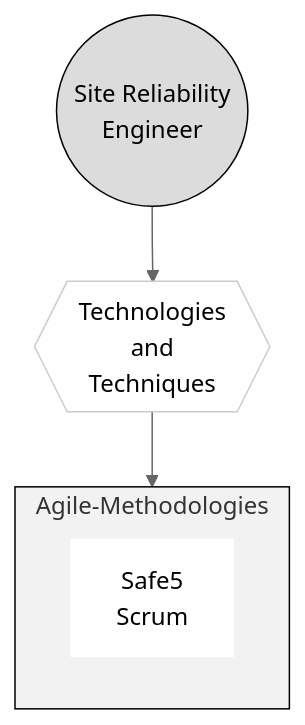
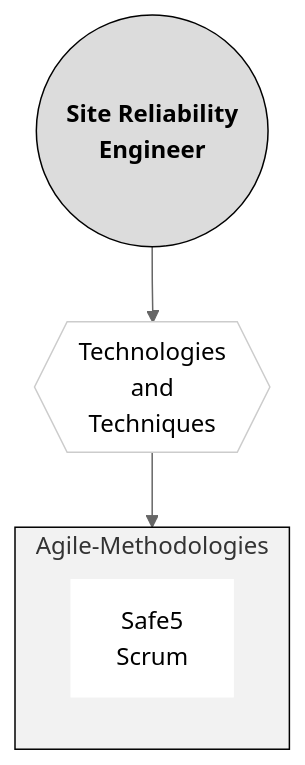
The sixth of 7 diagrams in README.md (kjfigueroa/profile), drawn with Mermaid (neutral theme) before and after one commit. The commit also changed other lines of this file, not shown here.

````diff
--- a/README.md
+++ b/README.md
@@ -182,10 +198,10 @@
 ```mermaid
 flowchart TB
-sre((&nbsp;Site Reliability&nbsp;<br>Engineer)); style sre fill:#dcdcdc,stroke:#000;
+sre((&nbsp;&nbsp;&nbsp;<b>Site Reliability</b>&nbsp;&nbsp;&nbsp;<br><b>Engineer</b>)); style sre fill:#dcdcdc,stroke:#000;
 tech{{Technologies<br>and<br>Techniques}}; style tech fill:#fff,stroke:#ccc;
 sre --> tech
 subgraph Agile-Methodologies; style Agile-Methodologies fill:#f2f2f2,stroke:#000;
     amethod[Safe5<br>Scrum]; style amethod fill:#fff,stroke:#fff;
 end
 tech --> Agile-Methodologies
 ```
````
